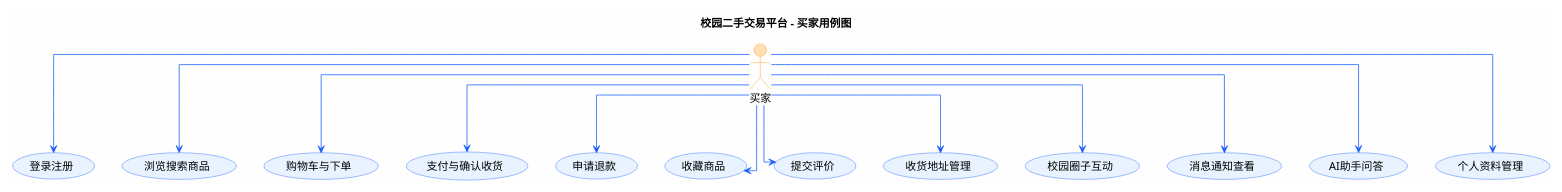
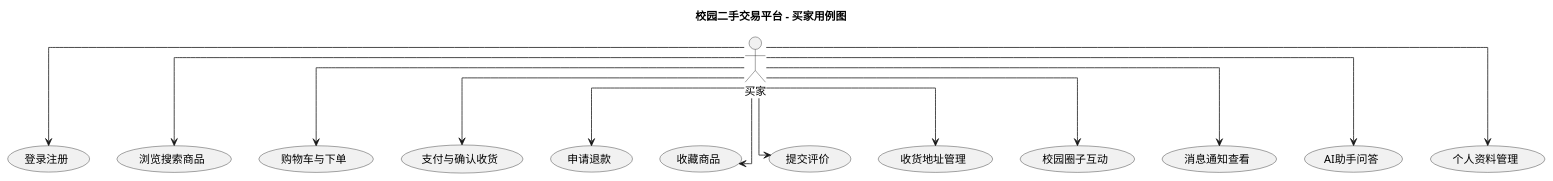
Before and after one commit to RYELOBE/hmapp01: the diagram in docs/usecase-buyer.puml, drawn with PlantUML. The commit also changed 2 other files, not shown here.

```diff
--- a/docs/usecase-buyer.puml
+++ b/docs/usecase-buyer.puml
@@ -1,46 +1,37 @@
 @startuml
-skinparam backgroundColor #FEFEFE
+skinparam backgroundColor #FFFFFF
 skinparam shadowing false
-skinparam roundcorner 10
+skinparam roundcorner 8
 skinparam linetype ortho
-skinparam usecase {
-  BackgroundColor #E8F3FF
-  BorderColor #165DFF
-  ArrowColor #165DFF
-}
-skinparam actor {
-  BackgroundColor #FFE0B2
-  BorderColor #FF9800
-}
 
 title 校园二手交易平台 - 买家用例图
 
 actor "买家" as buyer
 
 usecase "登录注册" as UC1
 usecase "浏览搜索商品" as UC2
 usecase "购物车与下单" as UC3
 usecase "支付与确认收货" as UC4
 usecase "申请退款" as UC5
 usecase "收藏商品" as UC6
 usecase "提交评价" as UC7
 usecase "收货地址管理" as UC8
 usecase "校园圈子互动" as UC9
 usecase "消息通知查看" as UC10
 usecase "AI助手问答" as UC11
 usecase "个人资料管理" as UC12
 
 buyer --> UC1
 buyer --> UC2
 buyer --> UC3
 buyer --> UC4
 buyer --> UC5
 buyer --> UC6
 buyer --> UC7
 buyer --> UC8
 buyer --> UC9
 buyer --> UC10
 buyer --> UC11
 buyer --> UC12
 
 @enduml
```
